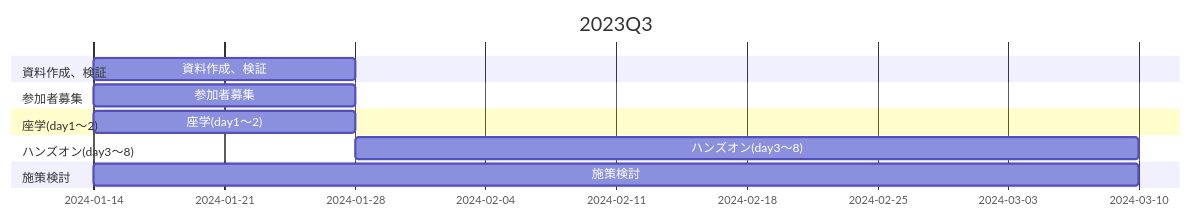
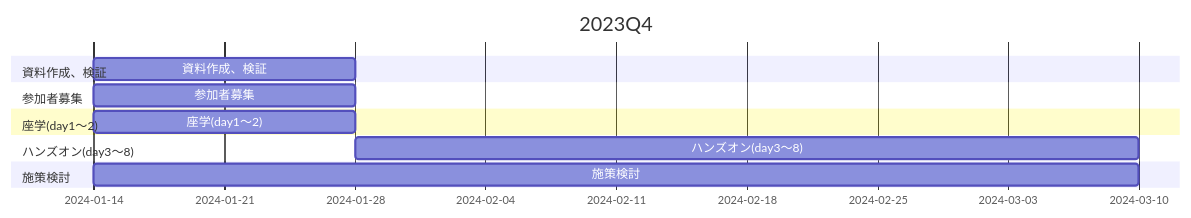
One commit to tmoritoki0227/cloudnative-hands-on changed the second of 2 diagrams in 育成計画.md. Above: the diagram before and after it, drawn with Mermaid. The commit also changed other lines of this file, not shown here.

````diff
--- a/育成計画.md
+++ b/育成計画.md
@@ -72,16 +72,16 @@
 ```mermaid
 gantt
-    title 2023Q3
+    title 2023Q4
     dateFormat  YYYY-MM-DD
     section 資料作成、検証
         資料作成、検証    : after, 2024-1-14, 2w
     section 参加者募集
         参加者募集  : after, 2024-1-14, 2w
     section 座学(day1～2)
         座学(day1～2)  : after, 2024-1-14, 2w
     section ハンズオン(day3～8)
         ハンズオン(day3～8)  : after, 2024-1-28, 6w
     section 施策検討
         施策検討  : after, 2024-1-14, 8w
 
 ```
````
